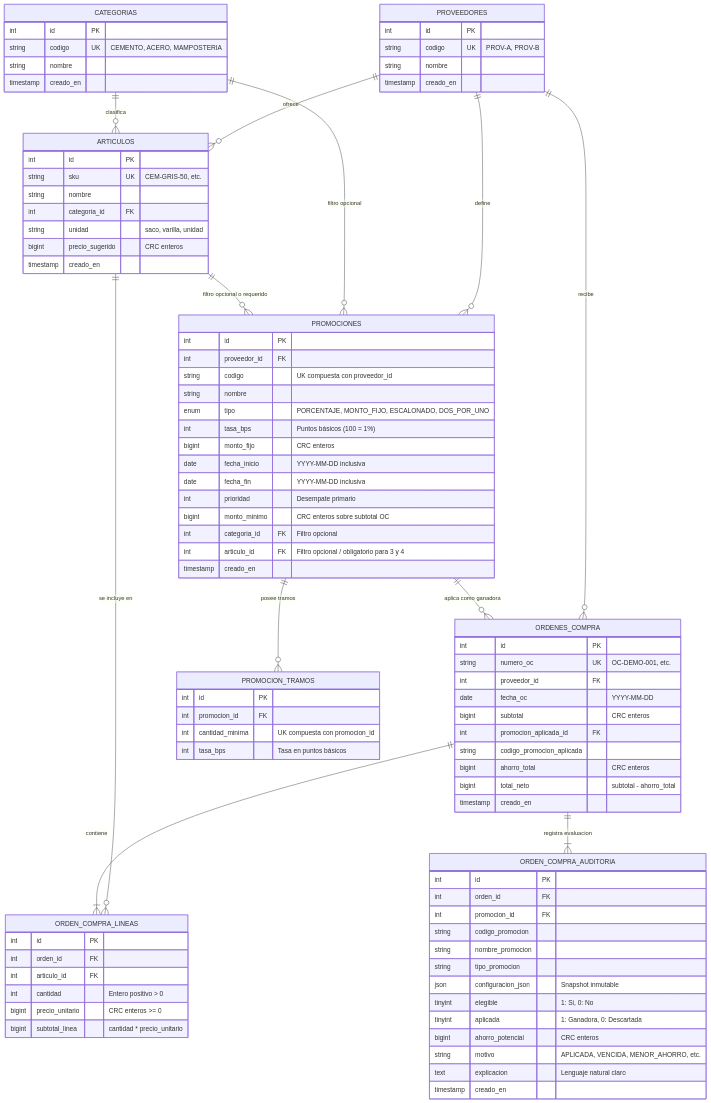
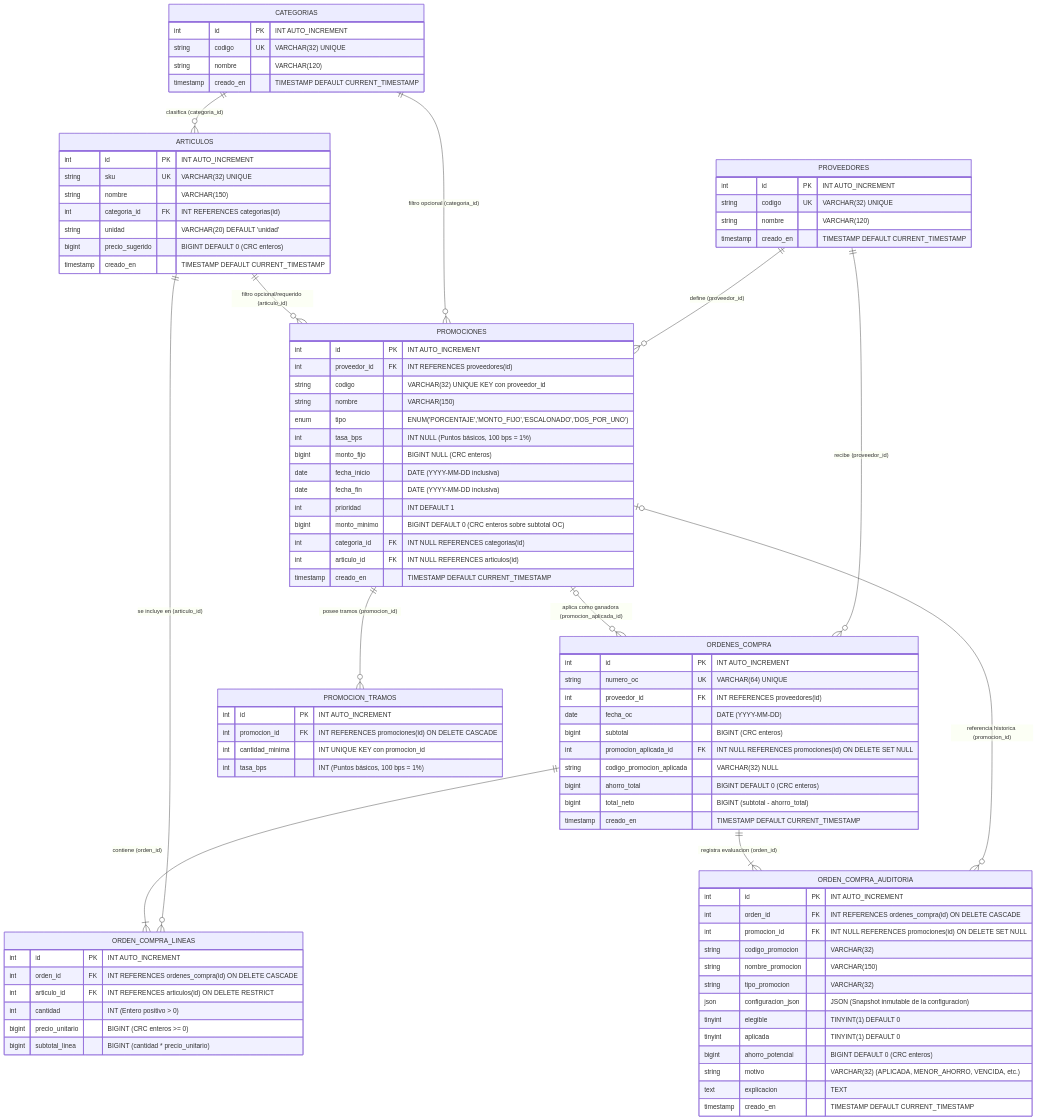
Before and after one commit to danielramirez272006-arch/obraNeta: the diagram in docs/diagrama-er.md, drawn with Mermaid. The commit also changed other lines of this file and 6 other files, not shown here.

Commit message:
fix: permitir repetir demo de cemento con correlativo libre, usar porcentajes en promociones, corregir unidades y responsive 390px

````diff
--- a/docs/diagrama-er.md
+++ b/docs/diagrama-er.md
@@ -6,100 +6,100 @@
 ```mermaid
 erDiagram
-    PROVEEDORES ||--o{ ARTICULOS : "ofrece"
-    PROVEEDORES ||--o{ PROMOCIONES : "define"
-    PROVEEDORES ||--o{ ORDENES_COMPRA : "recibe"
-    CATEGORIAS ||--o{ ARTICULOS : "clasifica"
-    CATEGORIAS ||--o{ PROMOCIONES : "filtro opcional"
-    ARTICULOS ||--o{ PROMOCIONES : "filtro opcional o requerido"
-    ARTICULOS ||--o{ ORDEN_COMPRA_LINEAS : "se incluye en"
-    PROMOCIONES ||--o{ PROMOCION_TRAMOS : "posee tramos"
-    PROMOCIONES ||--o{ ORDENES_COMPRA : "aplica como ganadora"
-    ORDENES_COMPRA ||--|{ ORDEN_COMPRA_LINEAS : "contiene"
-    ORDENES_COMPRA ||--|{ ORDEN_COMPRA_AUDITORIA : "registra evaluacion"
+    PROVEEDORES ||--o{ PROMOCIONES : "define (proveedor_id)"
+    PROVEEDORES ||--o{ ORDENES_COMPRA : "recibe (proveedor_id)"
+    CATEGORIAS ||--o{ ARTICULOS : "clasifica (categoria_id)"
+    CATEGORIAS ||--o{ PROMOCIONES : "filtro opcional (categoria_id)"
+    ARTICULOS ||--o{ PROMOCIONES : "filtro opcional/requerido (articulo_id)"
+    ARTICULOS ||--o{ ORDEN_COMPRA_LINEAS : "se incluye en (articulo_id)"
+    PROMOCIONES ||--o{ PROMOCION_TRAMOS : "posee tramos (promocion_id)"
+    PROMOCIONES |o--o{ ORDENES_COMPRA : "aplica como ganadora (promocion_aplicada_id)"
+    PROMOCIONES |o--o{ ORDEN_COMPRA_AUDITORIA : "referencia historica (promocion_id)"
+    ORDENES_COMPRA ||--|{ ORDEN_COMPRA_LINEAS : "contiene (orden_id)"
+    ORDENES_COMPRA ||--|{ ORDEN_COMPRA_AUDITORIA : "registra evaluacion (orden_id)"
 
     PROVEEDORES {
-        int id PK
-        string codigo UK "PROV-A, PROV-B"
-        string nombre
-        timestamp creado_en
+        int id PK "INT AUTO_INCREMENT"
+        string codigo UK "VARCHAR(32) UNIQUE"
+        string nombre "VARCHAR(120)"
+        timestamp creado_en "TIMESTAMP DEFAULT CURRENT_TIMESTAMP"
     }
 
     CATEGORIAS {
-        int id PK
-        string codigo UK "CEMENTO, ACERO, MAMPOSTERIA"
-        string nombre
-        timestamp creado_en
+        int id PK "INT AUTO_INCREMENT"
+        string codigo UK "VARCHAR(32) UNIQUE"
+        string nombre "VARCHAR(120)"
+        timestamp creado_en "TIMESTAMP DEFAULT CURRENT_TIMESTAMP"
     }
 
     ARTICULOS {
-        int id PK
-        string sku UK "CEM-GRIS-50, etc."
-        string nombre
-        int categoria_id FK
-        string unidad "saco, varilla, unidad"
-        bigint precio_sugerido "CRC enteros"
-        timestamp creado_en
+        int id PK "INT AUTO_INCREMENT"
+        string sku UK "VARCHAR(32) UNIQUE"
+        string nombre "VARCHAR(150)"
+        int categoria_id FK "INT REFERENCES categorias(id)"
+        string unidad "VARCHAR(20) DEFAULT 'unidad'"
+        bigint precio_sugerido "BIGINT DEFAULT 0 (CRC enteros)"
+        timestamp creado_en "TIMESTAMP DEFAULT CURRENT_TIMESTAMP"
     }
 
     PROMOCIONES {
-        int id PK
-        int proveedor_id FK
-        string codigo "UK compuesta con proveedor_id"
-        string nombre
-        enum tipo "PORCENTAJE, MONTO_FIJO, ESCALONADO, DOS_POR_UNO"
-        int tasa_bps "Puntos básicos (100 = 1%)"
-        bigint monto_fijo "CRC enteros"
-        date fecha_inicio "YYYY-MM-DD inclusiva"
-        date fecha_fin "YYYY-MM-DD inclusiva"
-        int prioridad "Desempate primario"
-        bigint monto_minimo "CRC enteros sobre subtotal OC"
-        int categoria_id FK "Filtro opcional"
-        int articulo_id FK "Filtro opcional / obligatorio para 3 y 4"
-        timestamp creado_en
+        int id PK "INT AUTO_INCREMENT"
+        int proveedor_id FK "INT REFERENCES proveedores(id)"
+        string codigo "VARCHAR(32) UNIQUE KEY con proveedor_id"
+        string nombre "VARCHAR(150)"
+        enum tipo "ENUM('PORCENTAJE','MONTO_FIJO','ESCALONADO','DOS_POR_UNO')"
+        int tasa_bps "INT NULL (Puntos básicos, 100 bps = 1%)"
+        bigint monto_fijo "BIGINT NULL (CRC enteros)"
+        date fecha_inicio "DATE (YYYY-MM-DD inclusiva)"
+        date fecha_fin "DATE (YYYY-MM-DD inclusiva)"
+        int prioridad "INT DEFAULT 1"
+        bigint monto_minimo "BIGINT DEFAULT 0 (CRC enteros sobre subtotal OC)"
+        int categoria_id FK "INT NULL REFERENCES categorias(id)"
+        int articulo_id FK "INT NULL REFERENCES articulos(id)"
+        timestamp creado_en "TIMESTAMP DEFAULT CURRENT_TIMESTAMP"
     }
 
     PROMOCION_TRAMOS {
-        int id PK
-        int promocion_id FK
-        int cantidad_minima "UK compuesta con promocion_id"
-        int tasa_bps "Tasa en puntos básicos"
+        int id PK "INT AUTO_INCREMENT"
+        int promocion_id FK "INT REFERENCES promociones(id) ON DELETE CASCADE"
+        int cantidad_minima "INT UNIQUE KEY con promocion_id"
+        int tasa_bps "INT (Puntos básicos, 100 bps = 1%)"
     }
 
     ORDENES_COMPRA {
-        int id PK
-        string numero_oc UK "OC-DEMO-001, etc."
-        int proveedor_id FK
-        date fecha_oc "YYYY-MM-DD"
-        bigint subtotal "CRC enteros"
-        int promocion_aplicada_id FK
-        string codigo_promocion_aplicada
-        bigint ahorro_total "CRC enteros"
-        bigint total_neto "subtotal - ahorro_total"
-        timestamp creado_en
+        int id PK "INT AUTO_INCREMENT"
+        string numero_oc UK "VARCHAR(64) UNIQUE"
+        int proveedor_id FK "INT REFERENCES proveedores(id)"
+        date fecha_oc "DATE (YYYY-MM-DD)"
+        bigint subtotal "BIGINT (CRC enteros)"
+        int promocion_aplicada_id FK "INT NULL REFERENCES promociones(id) ON DELETE SET NULL"
+        string codigo_promocion_aplicada "VARCHAR(32) NULL"
+        bigint ahorro_total "BIGINT DEFAULT 0 (CRC enteros)"
+        bigint total_neto "BIGINT (subtotal - ahorro_total)"
+        timestamp creado_en "TIMESTAMP DEFAULT CURRENT_TIMESTAMP"
     }
 
     ORDEN_COMPRA_LINEAS {
-        int id PK
-        int orden_id FK
-        int articulo_id FK
-        int cantidad "Entero positivo > 0"
-        bigint precio_unitario "CRC enteros >= 0"
-        bigint subtotal_linea "cantidad * precio_unitario"
+        int id PK "INT AUTO_INCREMENT"
+        int orden_id FK "INT REFERENCES ordenes_compra(id) ON DELETE CASCADE"
+        int articulo_id FK "INT REFERENCES articulos(id) ON DELETE RESTRICT"
+        int cantidad "INT (Entero positivo > 0)"
+        bigint precio_unitario "BIGINT (CRC enteros >= 0)"
+        bigint subtotal_linea "BIGINT (cantidad * precio_unitario)"
     }
 
     ORDEN_COMPRA_AUDITORIA {
-        int id PK
-        int orden_id FK
-        int promocion_id FK
-        string codigo_promocion
-        string nombre_promocion
-        string tipo_promocion
-        json configuracion_json "Snapshot inmutable"
-        tinyint elegible "1: Si, 0: No"
-        tinyint aplicada "1: Ganadora, 0: Descartada"
-        bigint ahorro_potencial "CRC enteros"
-        string motivo "APLICADA, VENCIDA, MENOR_AHORRO, etc."
-        text explicacion "Lenguaje natural claro"
-        timestamp creado_en
+        int id PK "INT AUTO_INCREMENT"
+        int orden_id FK "INT REFERENCES ordenes_compra(id) ON DELETE CASCADE"
+        int promocion_id FK "INT NULL REFERENCES promociones(id) ON DELETE SET NULL"
+        string codigo_promocion "VARCHAR(32)"
+        string nombre_promocion "VARCHAR(150)"
+        string tipo_promocion "VARCHAR(32)"
+        json configuracion_json "JSON (Snapshot inmutable de la configuracion)"
+        tinyint elegible "TINYINT(1) DEFAULT 0"
+        tinyint aplicada "TINYINT(1) DEFAULT 0"
+        bigint ahorro_potencial "BIGINT DEFAULT 0 (CRC enteros)"
+        string motivo "VARCHAR(32) (APLICADA, MENOR_AHORRO, VENCIDA, etc.)"
+        text explicacion "TEXT"
+        timestamp creado_en "TIMESTAMP DEFAULT CURRENT_TIMESTAMP"
     }
 ```
````
